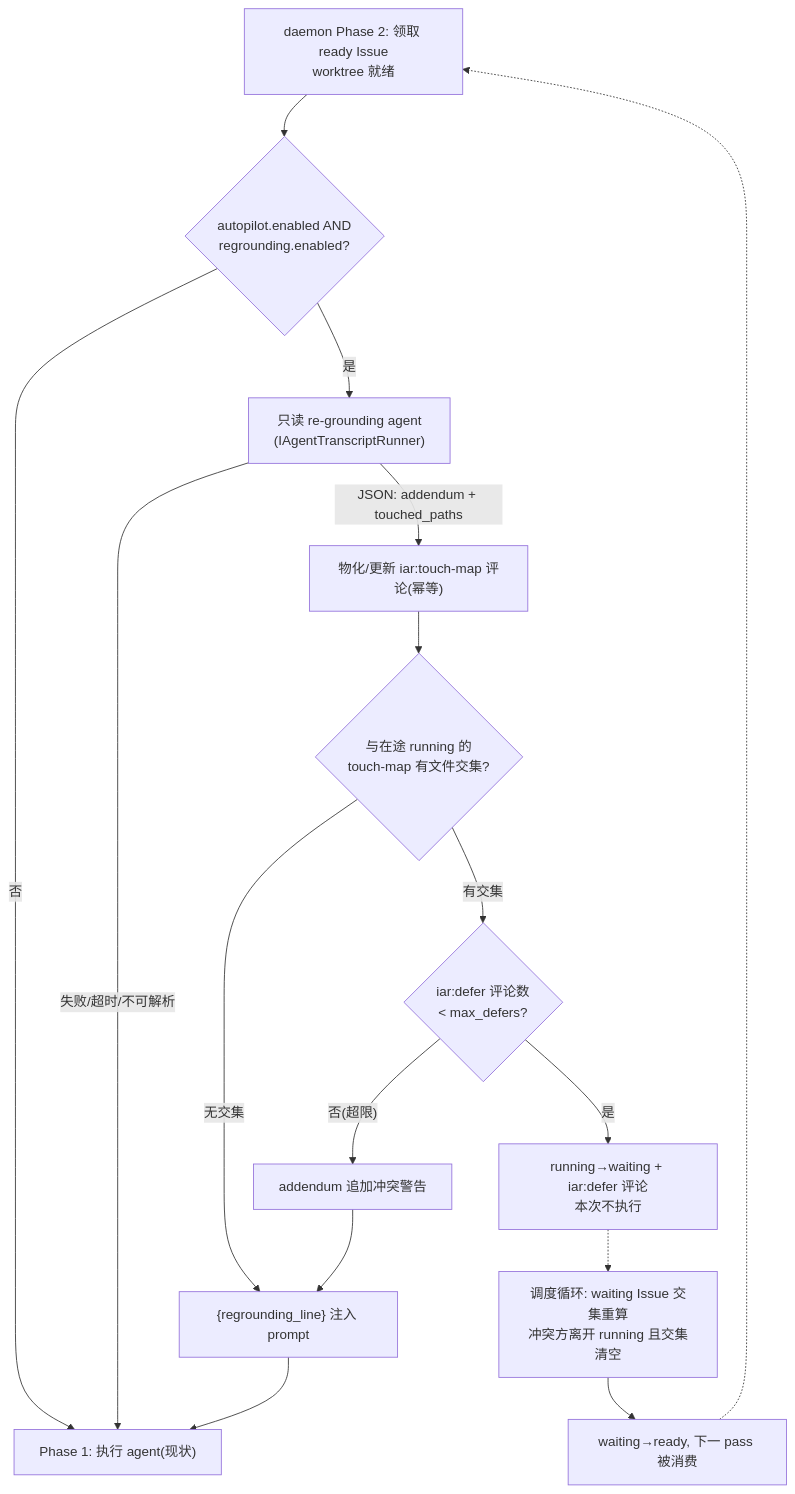
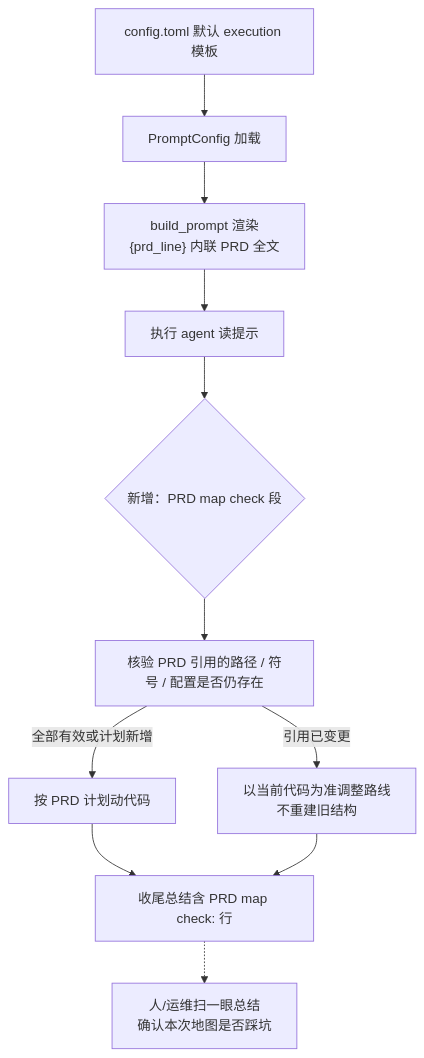
One commit to ZataZhang/keda changed the diagram in tasks/pending/P1-FEAT-20260703-105340-prd-regrounding-touch-map-avoidance.md. Above: the diagram before and after it, drawn with Mermaid. The commit also changed other lines of this file, not shown here.

First line of the commit message:
docs(prd): regrounding PRD 精简为执行开工前的 PRD 引用核验

````diff
--- a/tasks/pending/P1-FEAT-20260703-105340-prd-regrounding-touch-map-avoidance.md
+++ b/tasks/pending/P1-FEAT-20260703-105340-prd-regrounding-touch-map-avoidance.md
@@ -228,16 +261,13 @@
 ```mermaid
 flowchart TD
-    A["daemon Phase 2: 领取 ready Issue<br/>worktree 就绪"] --> B{"autopilot.enabled AND<br/>regrounding.enabled?"}
-    B -- 否 --> P1["Phase 1: 执行 agent(现状)"]
-    B -- 是 --> C["只读 re-grounding agent<br/>(IAgentTranscriptRunner)"]
-    C -- "失败/超时/不可解析" --> P1
-    C -- "JSON: addendum + touched_paths" --> D["物化/更新 iar:touch-map 评论(幂等)"]
-    D --> E{"与在途 running 的<br/>touch-map 有文件交集?"}
-    E -- "无交集" --> F["{regrounding_line} 注入 prompt"] --> P1
-    E -- "有交集" --> G{"iar:defer 评论数<br/>< max_defers?"}
-    G -- "是" --> H["running→waiting + iar:defer 评论<br/>本次不执行"]
-    G -- "否(超限)" --> I["addendum 追加冲突警告"] --> F
-    H -.-> J["调度循环: waiting Issue 交集重算<br/>冲突方离开 running 且交集清空"]
-    J --> K["waiting→ready, 下一 pass 被消费"]
-    K -.-> A
+    A["config.toml 默认 execution 模板"] --> B["PromptConfig 加载"]
+    B --> C["build_prompt 渲染<br/>{prd_line} 内联 PRD 全文"]
+    C --> D["执行 agent 读提示"]
+    D --> E{"新增：PRD map check 段"}
+    E --> F["核验 PRD 引用的路径 / 符号 / 配置是否仍存在"]
+    F -- "全部有效或计划新增" --> G["按 PRD 计划动代码"]
+    F -- "引用已变更" --> H["以当前代码为准调整路线<br/>不重建旧结构"]
+    G --> I["收尾总结含 PRD map check: 行"]
+    H --> I
+    I -.-> J["人/运维扫一眼总结<br/>确认本次地图是否踩坑"]
 ```
````
